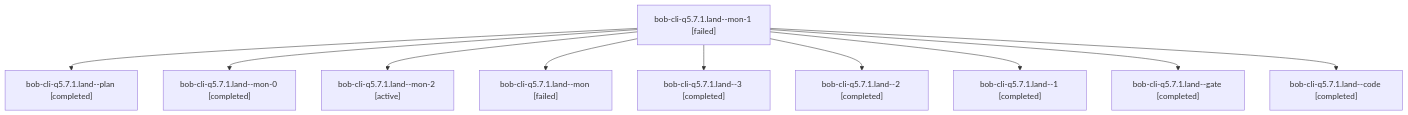
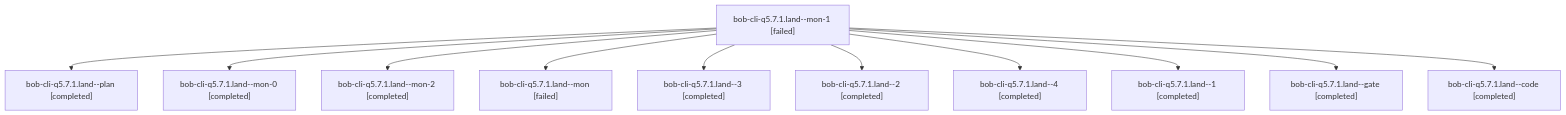
One commit to bobs-org/bob-cli--agents changed the diagram in sessions/bbugyi200.athena.bob-cli-q5.7.1.land.md. Above: the diagram before and after it, drawn with Mermaid. The commit also changed other lines of this file and 134 other files, not shown here.

````diff
--- a/sessions/bbugyi200.athena.bob-cli-q5.7.1.land.md
+++ b/sessions/bbugyi200.athena.bob-cli-q5.7.1.land.md
@@ -9,22 +9,24 @@
 ```mermaid
 flowchart TD
   n0["bob-cli-q5.7.1.land--mon-1 [failed]"]
   n1["bob-cli-q5.7.1.land--plan [completed]"]
   n0 --> n1
   n2["bob-cli-q5.7.1.land--mon-0 [completed]"]
   n0 --> n2
-  n3["bob-cli-q5.7.1.land--mon-2 [active]"]
+  n3["bob-cli-q5.7.1.land--mon-2 [completed]"]
   n0 --> n3
   n4["bob-cli-q5.7.1.land--mon [failed]"]
   n0 --> n4
   n5["bob-cli-q5.7.1.land--3 [completed]"]
   n0 --> n5
   n6["bob-cli-q5.7.1.land--2 [completed]"]
   n0 --> n6
-  n7["bob-cli-q5.7.1.land--1 [completed]"]
+  n7["bob-cli-q5.7.1.land--4 [completed]"]
   n0 --> n7
-  n8["bob-cli-q5.7.1.land--gate [completed]"]
+  n8["bob-cli-q5.7.1.land--1 [completed]"]
   n0 --> n8
-  n9["bob-cli-q5.7.1.land--code [completed]"]
+  n9["bob-cli-q5.7.1.land--gate [completed]"]
   n0 --> n9
+  n10["bob-cli-q5.7.1.land--code [completed]"]
+  n0 --> n10
 ```
````
